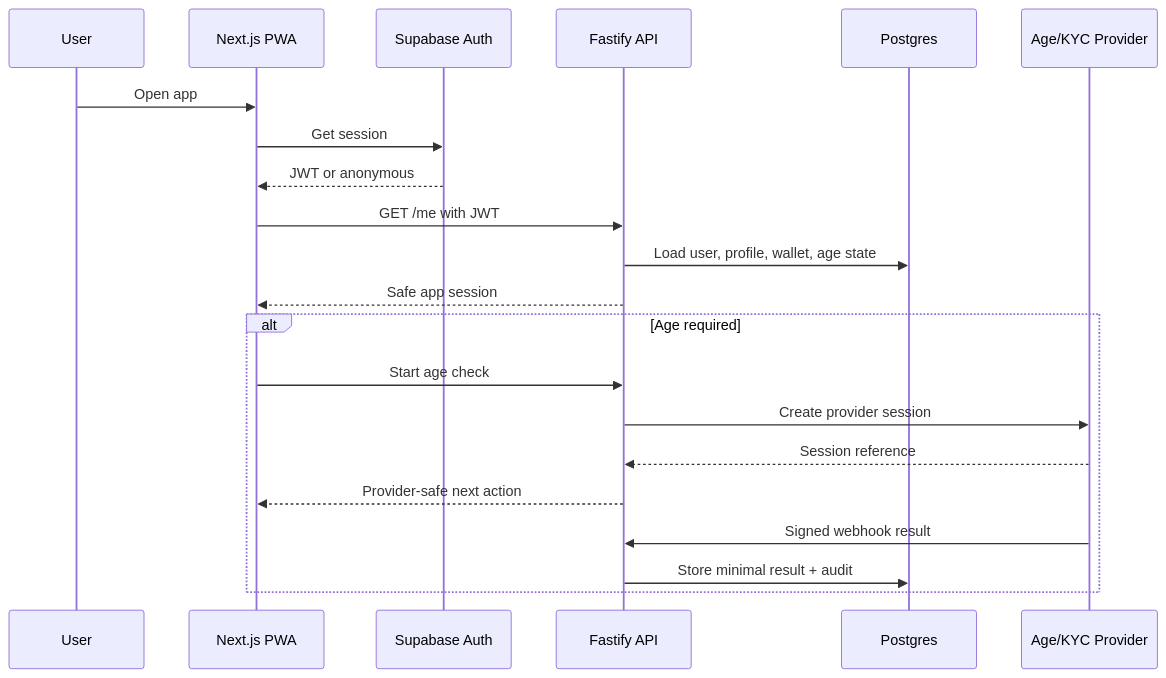
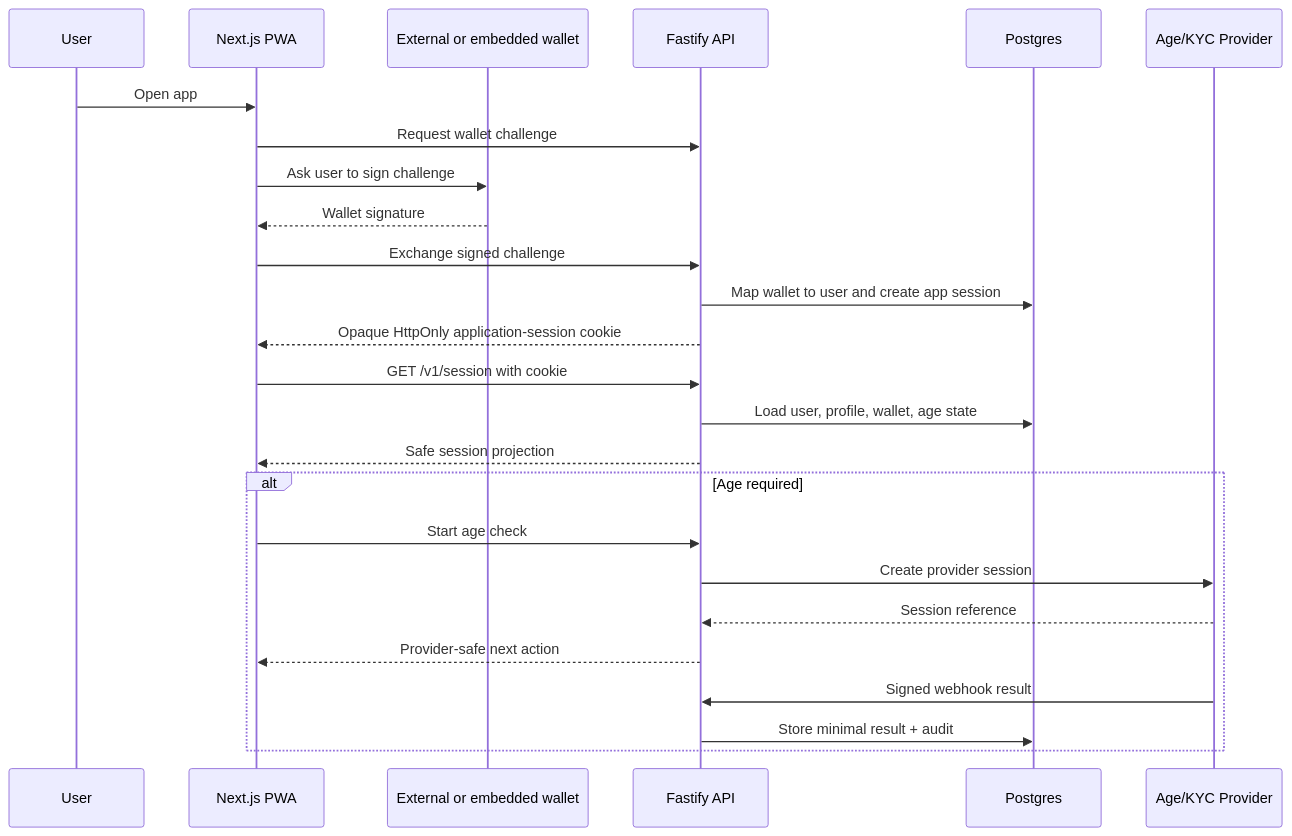
Before and after one commit to mariospeterman/VEEL-v2: the first of 6 diagrams in docs/v2-new-build/product-flows.md, drawn with Mermaid. The commit also changed other lines of this file and 94 other files, not shown here.

````diff
--- a/docs/v2-new-build/product-flows.md
+++ b/docs/v2-new-build/product-flows.md
@@ -32,24 +32,28 @@
 ```mermaid
 sequenceDiagram
   participant User
   participant Web as Next.js PWA
-  participant Auth as Supabase Auth
+  participant Wallet as External or embedded wallet
   participant API as Fastify API
   participant DB as Postgres
   participant Age as Age/KYC Provider
 
   User->>Web: Open app
-  Web->>Auth: Get session
-  Auth-->>Web: JWT or anonymous
-  Web->>API: GET /me with JWT
+  Web->>API: Request wallet challenge
+  Web->>Wallet: Ask user to sign challenge
+  Wallet-->>Web: Wallet signature
+  Web->>API: Exchange signed challenge
+  API->>DB: Map wallet to user and create app session
+  API-->>Web: Opaque HttpOnly application-session cookie
+  Web->>API: GET /v1/session with cookie
   API->>DB: Load user, profile, wallet, age state
-  API-->>Web: Safe app session
+  API-->>Web: Safe session projection
   alt Age required
     Web->>API: Start age check
     API->>Age: Create provider session
     Age-->>API: Session reference
     API-->>Web: Provider-safe next action
     Age->>API: Signed webhook result
     API->>DB: Store minimal result + audit
   end
 ```
````
